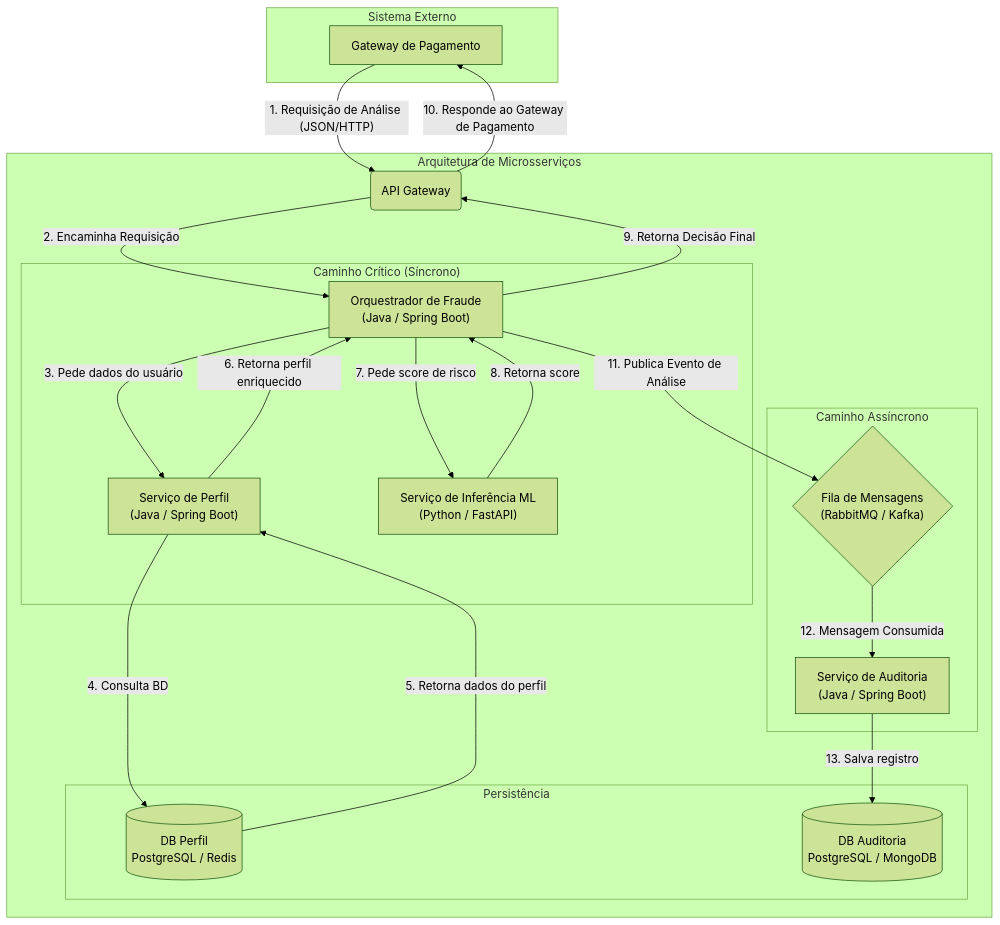
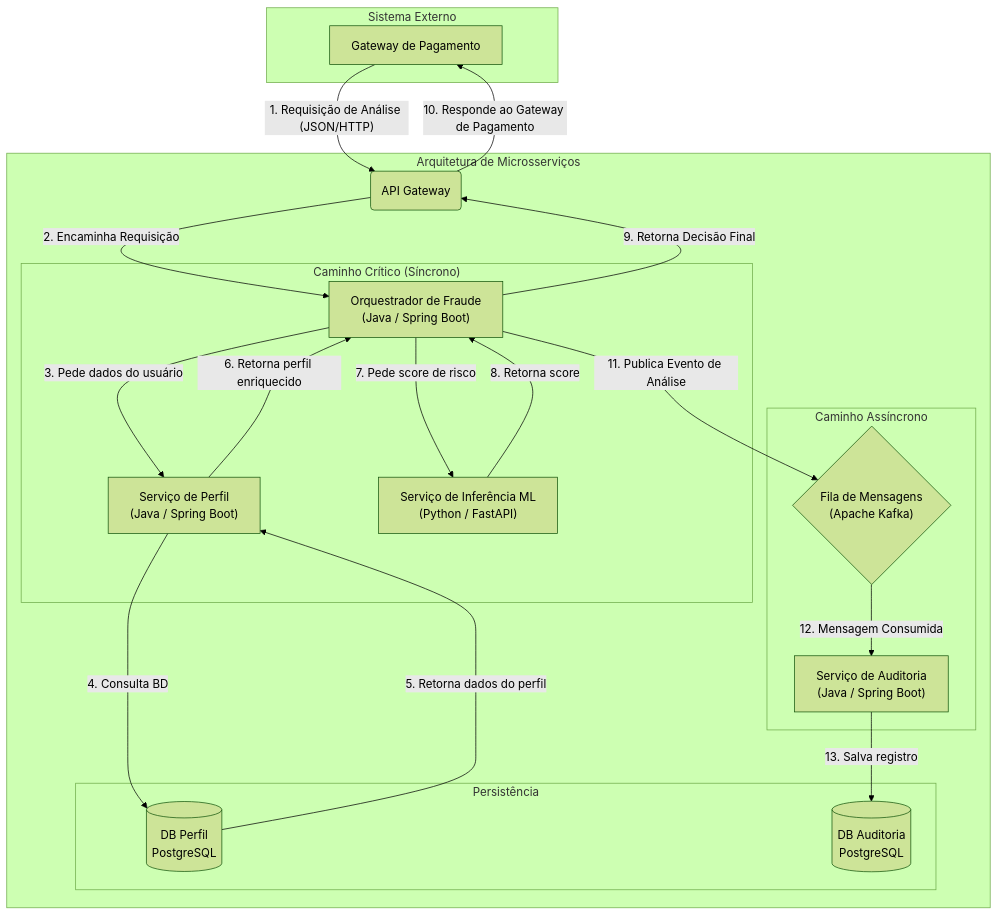
Before and after one commit to Afonso017/fraud-detector: the diagram in README.md, drawn with Mermaid (forest theme). The commit also changed other lines of this file and 25 other files, not shown here.

````diff
--- a/README.md
+++ b/README.md
@@ -24,40 +24,40 @@
 ```mermaid
 graph TD
     subgraph "Sistema Externo"
         A[Gateway de Pagamento]
     end
 
     subgraph "Arquitetura de Microsserviços"
         B(API Gateway)
 
         subgraph "Caminho Crítico (Síncrono)"
             C["Orquestrador de Fraude <br> (Java / Spring Boot)"]
             D["Serviço de Perfil <br> (Java / Spring Boot)"]
             E["Serviço de Inferência ML <br> (Python / FastAPI)"]
         end
 
         subgraph "Caminho Assíncrono"
-            F{"Fila de Mensagens <br> (RabbitMQ / Kafka)"}
+            F{"Fila de Mensagens <br> (Apache Kafka)"}
             G["Serviço de Auditoria <br> (Java / Spring Boot)"]
         end
 
         subgraph "Persistência"
-            H[("DB Perfil <br> PostgreSQL / Redis")]
-            I[("DB Auditoria <br> PostgreSQL / MongoDB")]
+            H[("DB Perfil <br> PostgreSQL")]
+            I[("DB Auditoria <br> PostgreSQL")]
         end
 
         A -- "1. Requisição de Análise (JSON/HTTP)" --> B
         B -- "2. Encaminha Requisição" --> C
         C -- "3. Pede dados do usuário" --> D
         D -- "4. Consulta BD" --> H
         H -- "5. Retorna dados do perfil" --> D
         D -- "6. Retorna perfil enriquecido" --> C
         C -- "7. Pede score de risco" --> E
         E -- "8. Retorna score" --> C
         C -- "9. Retorna Decisão Final" --> B
         B -- "10. Responde ao Gateway de Pagamento" --> A
         C -- "11. Publica Evento de Análise" --> F
         F -- "12. Mensagem Consumida" --> G
         G -- "13. Salva registro" --> I
     end
 ```
````
